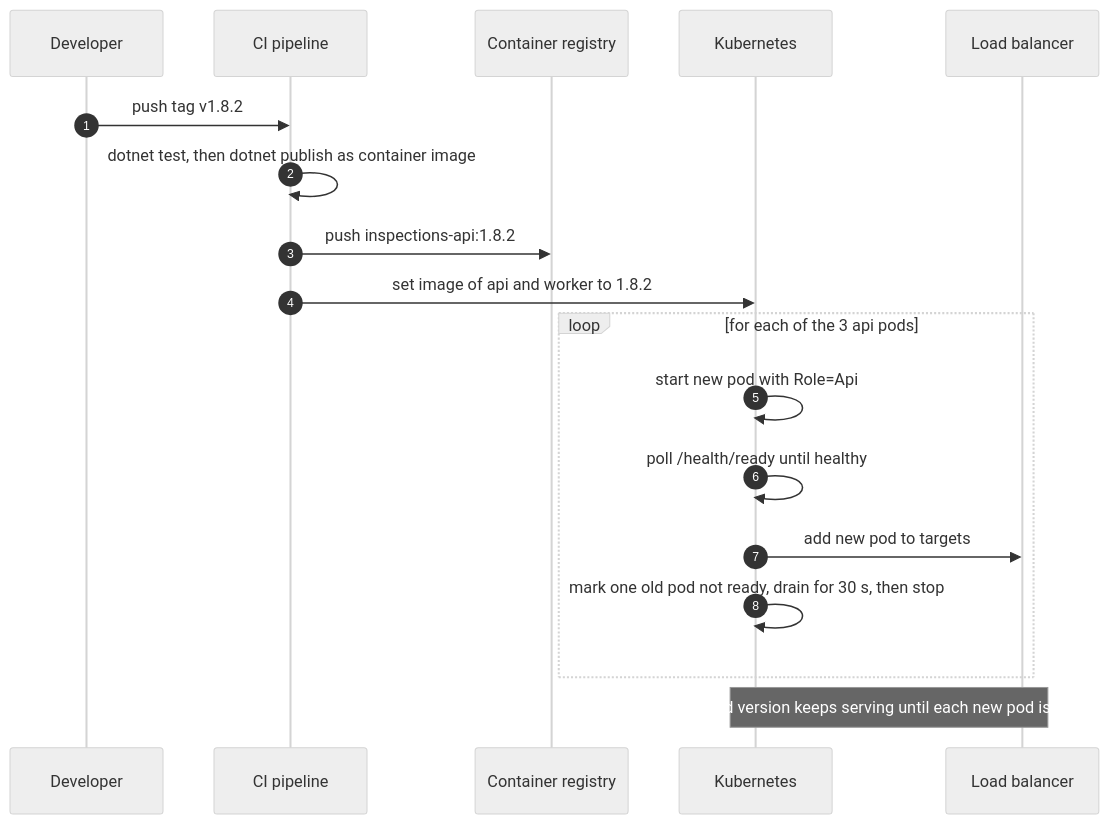
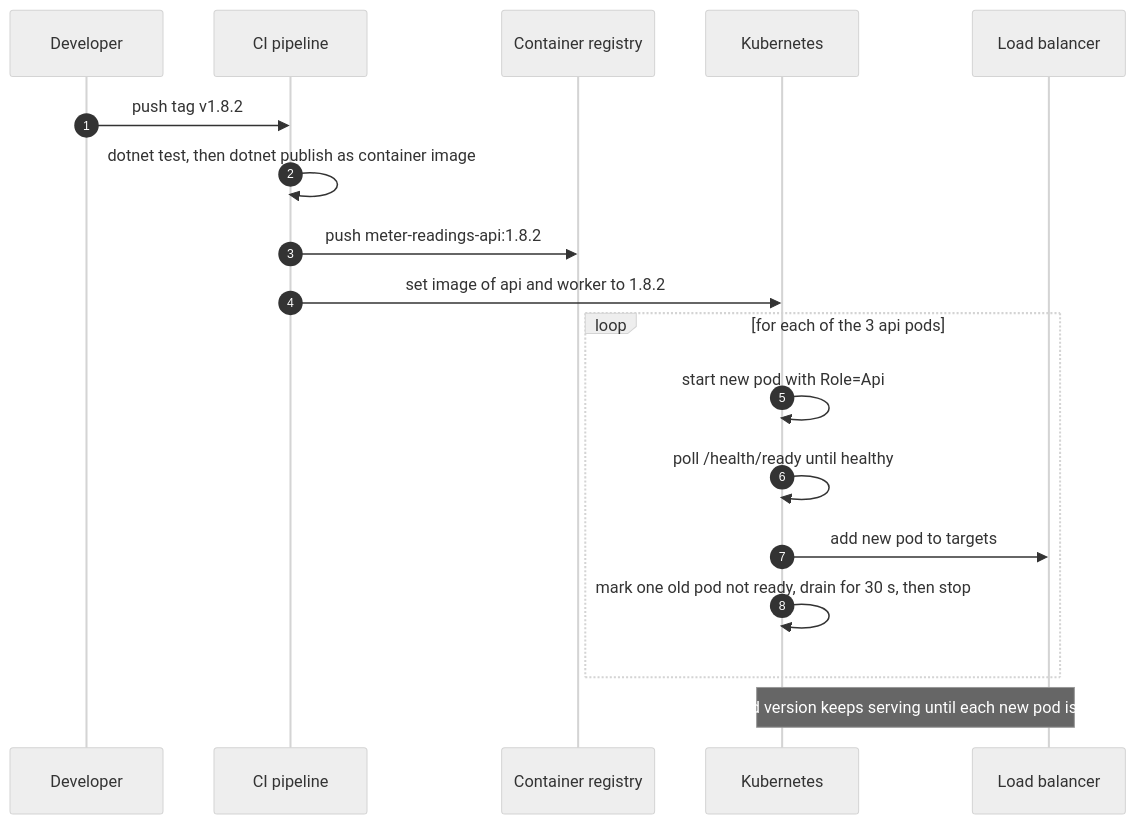
One commit to rizwi0786/system-design-lab changed the second of 7 diagrams in content/lessons/m05/m05-deployment-diagrams.md. Above: the diagram before and after it, drawn with Mermaid (neutral theme). The commit also changed other lines of this file and 334 other files, not shown here.

````diff
--- a/content/lessons/m05/m05-deployment-diagrams.md
+++ b/content/lessons/m05/m05-deployment-diagrams.md
@@ -244,20 +244,20 @@
 ```mermaid
 sequenceDiagram
     autonumber
     participant Dev as Developer
     participant CI as CI pipeline
     participant Reg as Container registry
     participant K as Kubernetes
     participant LB as Load balancer
     Dev->>CI: push tag v1.8.2
     CI->>CI: dotnet test, then dotnet publish as container image
-    CI->>Reg: push inspections-api:1.8.2
+    CI->>Reg: push meter-readings-api:1.8.2
     CI->>K: set image of api and worker to 1.8.2
     loop for each of the 3 api pods
         K->>K: start new pod with Role=Api
         K->>K: poll /health/ready until healthy
         K->>LB: add new pod to targets
         K->>K: mark one old pod not ready, drain for 30 s, then stop
     end
     Note over K,LB: the old version keeps serving until each new pod is ready
 ```
````
